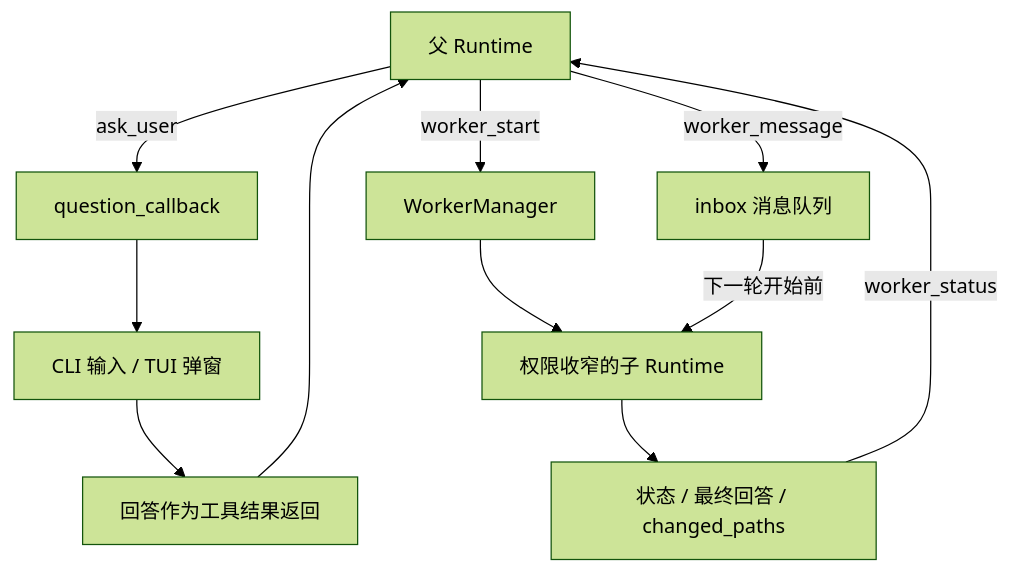
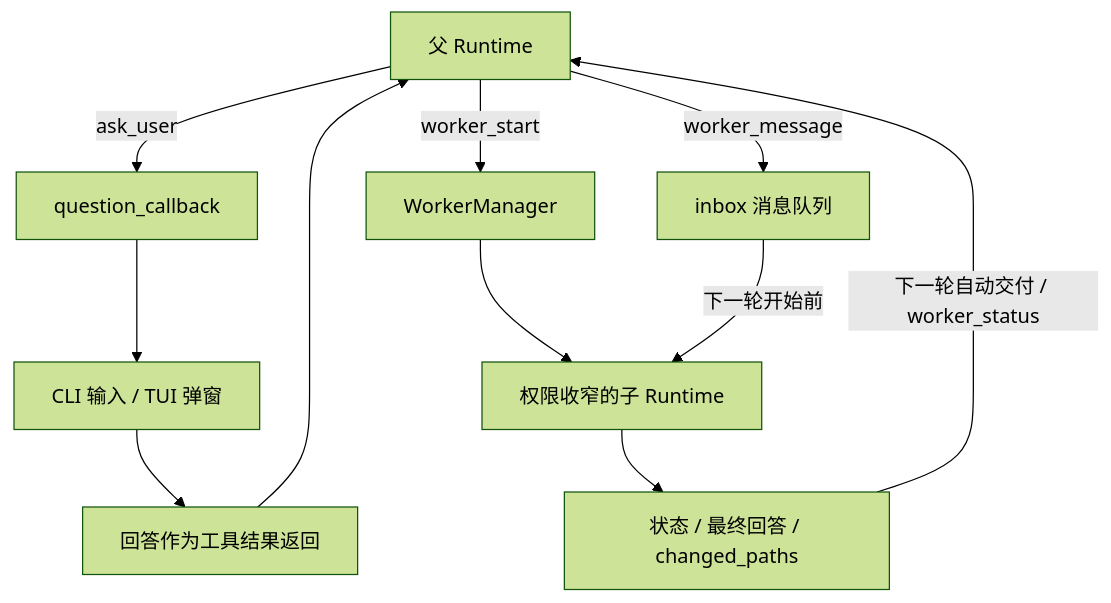
One commit to prossiblezero/Aster changed the diagram in docs/learning/13-interaction-and-workers.md. Above: the diagram before and after it, drawn with Mermaid (forest theme). The commit also changed other lines of this file and 16 other files, not shown here.

````diff
--- a/docs/learning/13-interaction-and-workers.md
+++ b/docs/learning/13-interaction-and-workers.md
@@ -16,13 +16,13 @@
 ```mermaid
 flowchart TD
     A[父 Runtime] -->|ask_user| B[question_callback]
     B --> C[CLI 输入 / TUI 弹窗]
     C --> D[回答作为工具结果返回]
     D --> A
     A -->|worker_start| E[WorkerManager]
     E --> F[权限收窄的子 Runtime]
     A -->|worker_message| G[inbox 消息队列]
     G -->|下一轮开始前| F
     F --> H[状态 / 最终回答 / changed_paths]
-    H -->|worker_status| A
+    H -->|下一轮自动交付 / worker_status| A
 ```
````
